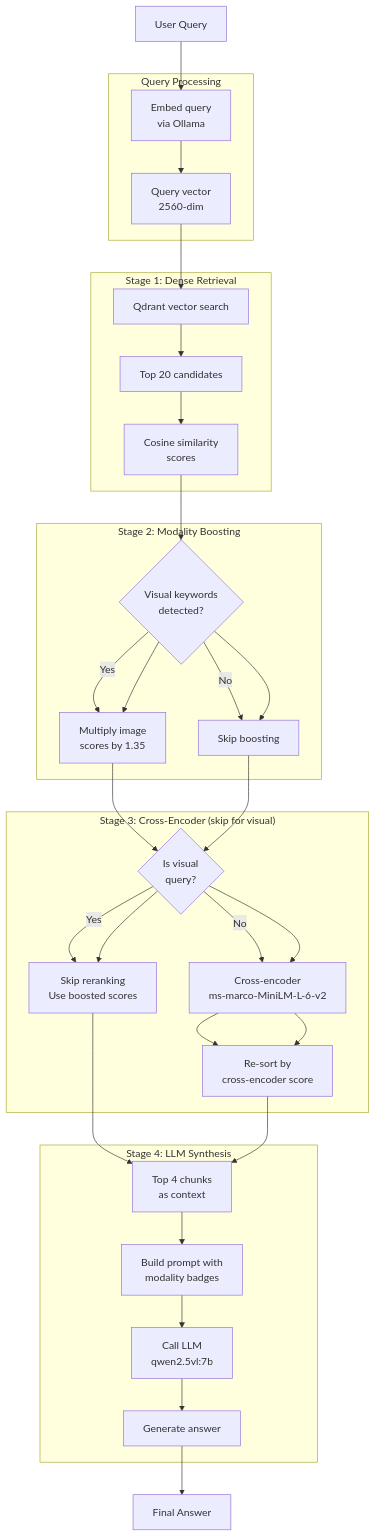
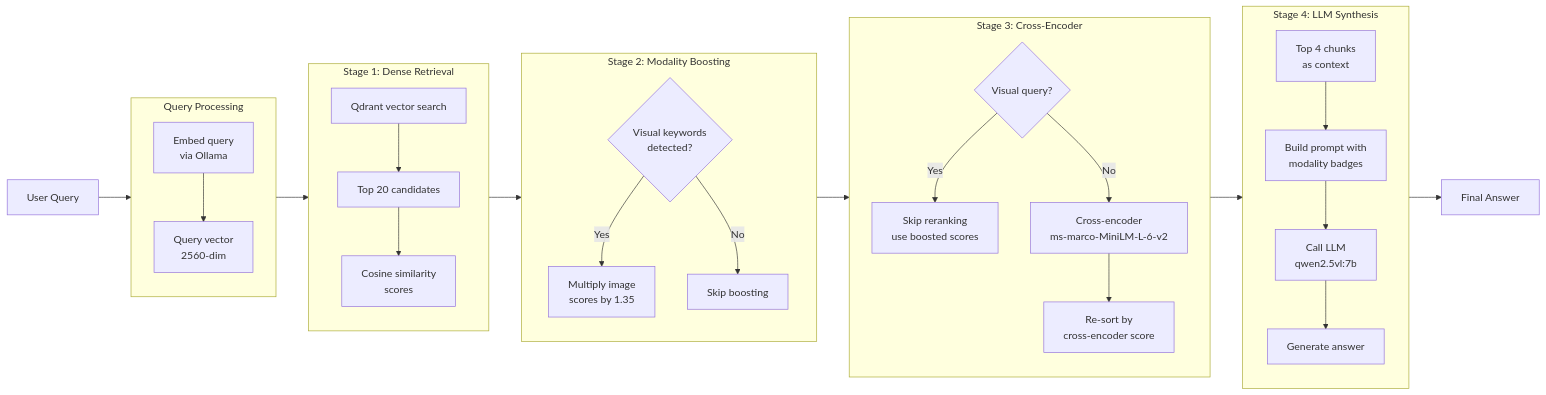
Before and after one commit to mohitagr18/multimodal_rag_article: the seventh of 10 diagrams in workflow.md, drawn with Mermaid. The commit also changed other lines of this file and 1 other file, not shown here.

````diff
--- a/workflow.md
+++ b/workflow.md
@@ -209,62 +216,61 @@
 ```mermaid
-flowchart TB
-    Query[User Query]
-    
+flowchart LR
+    Query["User Query"]
+
     subgraph EmbedQuery["Query Processing"]
-        Q1[Embed query<br/>via Ollama]
-        Q2[Query vector<br/>2560-dim]
+        direction TB
+        Q1["Embed query<br/>via Ollama"]
+        Q2["Query vector<br/>2560-dim"]
+
+        Q1 --> Q2
     end
-    
+
     subgraph DenseSearch["Stage 1: Dense Retrieval"]
-        D1[Qdrant vector search]
-        D2[Top 20 candidates]
-        D3[Cosine similarity<br/>scores]
+        direction TB
+        D1["Qdrant vector search"]
+        D2["Top 20 candidates"]
+        D3["Cosine similarity<br/>scores"]
+
+        D1 --> D2 --> D3
     end
-    
+
     subgraph Boost["Stage 2: Modality Boosting"]
-        B1{Visual keywords<br/>detected?}
-        B2[Multiply image<br/>scores by 1.35]
-        B3[Skip boosting]
-        
+        direction TB
+        B1{"Visual keywords<br/>detected?"}
+        B2["Multiply image<br/>scores by 1.35"]
+        B3["Skip boosting"]
+
         B1 -->|Yes| B2
         B1 -->|No| B3
     end
-    
-    subgraph Rerank["Stage 3: Cross-Encoder (skip for visual)"]
-        R1{Is visual<br/>query?}
-        R2[Skip reranking<br/>Use boosted scores]
-        R3[Cross-encoder<br/>ms-marco-MiniLM-L-6-v2]
-        R4[Re-sort by<br/>cross-encoder score]
-        
+
+    subgraph Rerank["Stage 3: Cross-Encoder"]
+        direction TB
+        R1{"Visual query?"}
+        R2["Skip reranking<br/>use boosted scores"]
+        R3["Cross-encoder<br/>ms-marco-MiniLM-L-6-v2"]
+        R4["Re-sort by<br/>cross-encoder score"]
+
         R1 -->|Yes| R2
-        R1 -->|No| R3
-        R3 --> R4
+        R1 -->|No| R3 --> R4
     end
-    
+
     subgraph Synthesize["Stage 4: LLM Synthesis"]
-        S1[Top 4 chunks<br/>as context]
-        S2[Build prompt with<br/>modality badges]
-        S3[Call LLM<br/>qwen2.5vl:7b]
-        S4[Generate answer]
+        direction TB
+        S1["Top 4 chunks<br/>as context"]
+        S2["Build prompt with<br/>modality badges"]
+        S3["Call LLM<br/>qwen2.5vl:7b"]
+        S4["Generate answer"]
+
+        S1 --> S2 --> S3 --> S4
     end
-    
-    Query --> Q1
-    Q1 --> Q2
-    Q2 --> D1
-    D1 --> D2
-    D2 --> D3
-    D3 --> B1
-    B1 --> B2
-    B1 --> B3
-    B2 --> R1
-    B3 --> R1
-    R1 --> R2
-    R1 --> R3
-    R2 --> S1
-    R3 --> R4
-    R4 --> S1
-    S1 --> S2
-    S2 --> S3
-    S3 --> S4
-    S4 --> Answer[Final Answer]
+
+    Answer["Final Answer"]
+
+    Query --> EmbedQuery
+    EmbedQuery --> DenseSearch
+    DenseSearch --> Boost
+    Boost --> Rerank
+    Rerank --> Synthesize
+    Synthesize --> Answer
 ```
````
